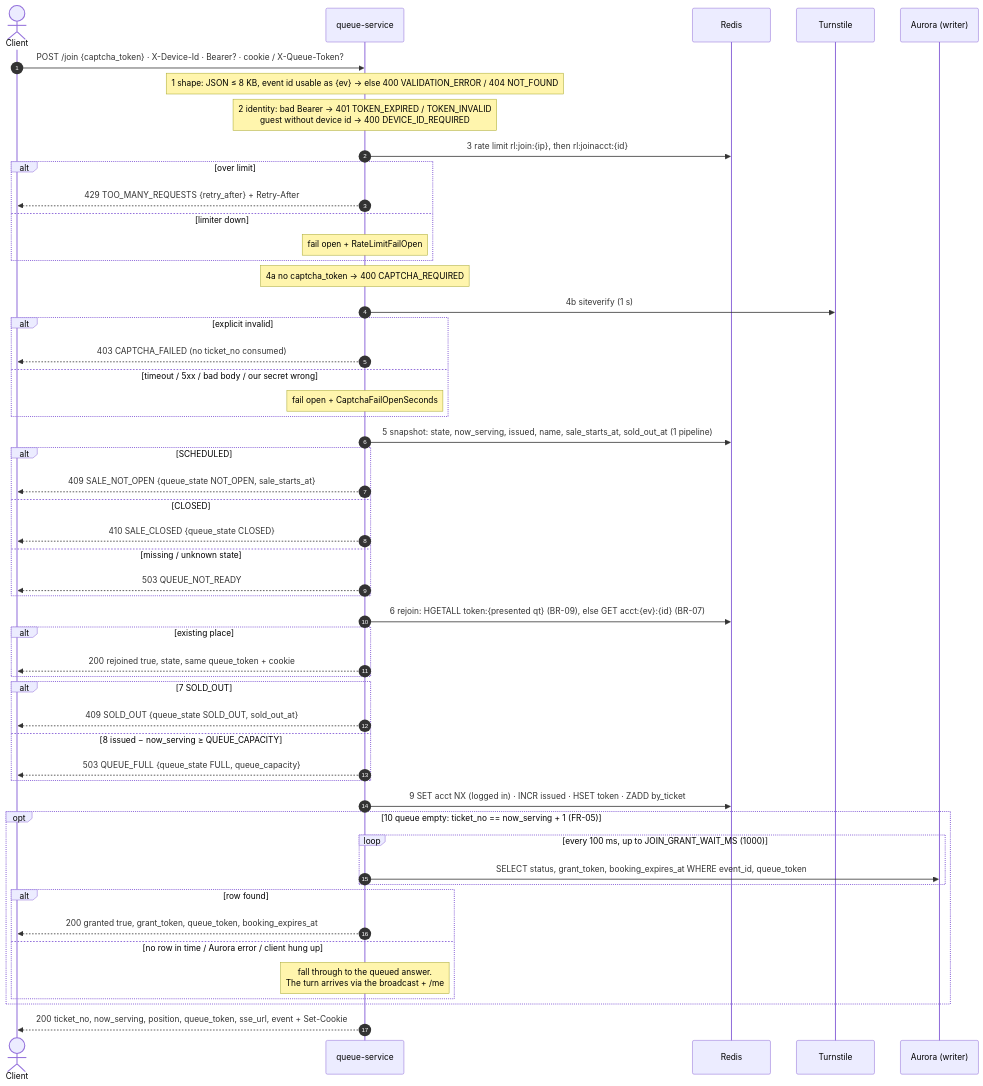
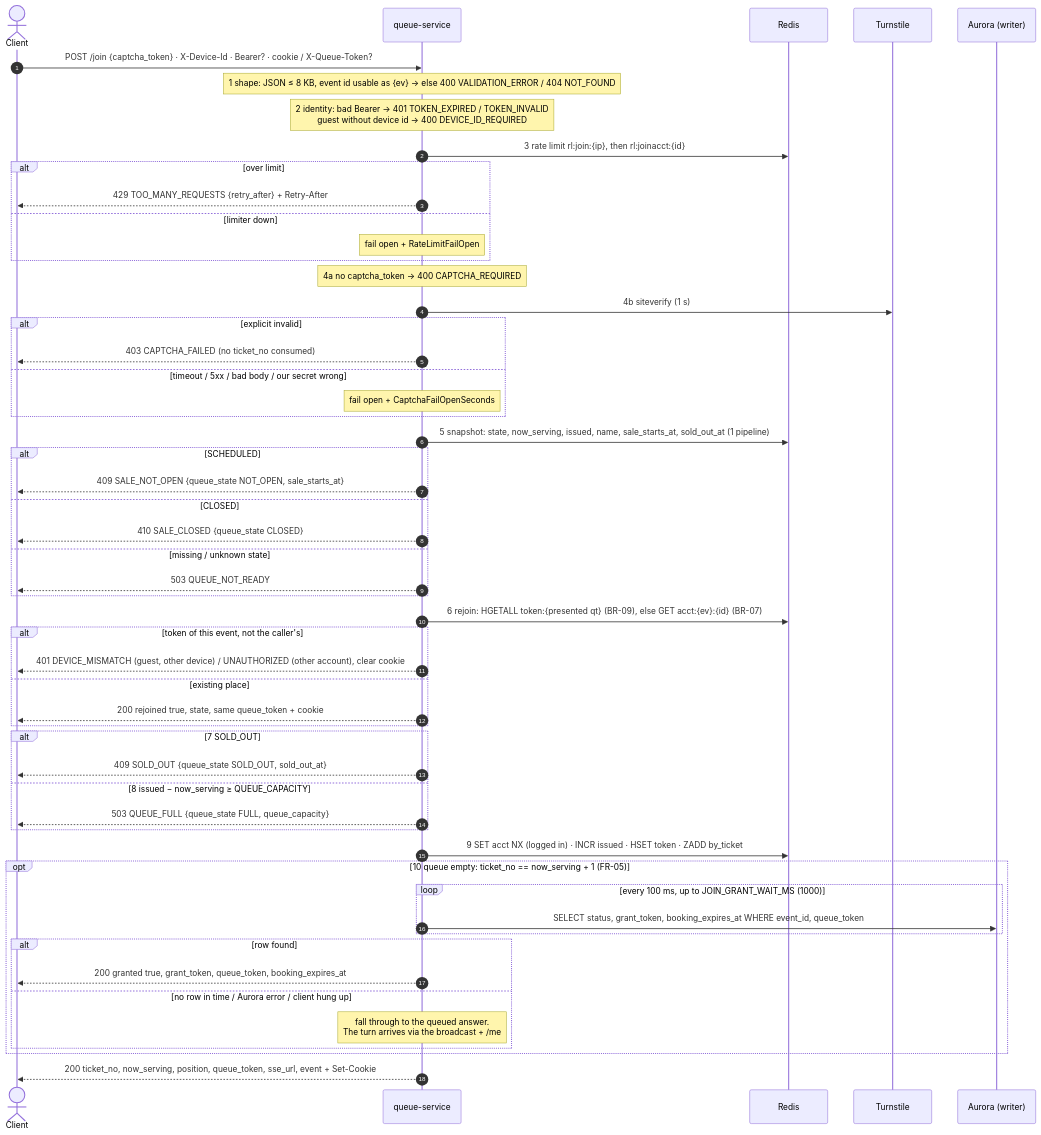
The diagram in docs/04-queue/01-join-queue.md (PTServerJanganTumbang-BookingTicket/be-rusuh-war-ticketing), drawn with Mermaid before and after one commit. The commit also changed other lines of this file and 24 other files, not shown here.

````diff
--- a/docs/04-queue/01-join-queue.md
+++ b/docs/04-queue/01-join-queue.md
@@ -27,63 +27,65 @@
 ```mermaid
 sequenceDiagram
     autonumber
     actor C as Client
     participant Q as queue-service
     participant R as Redis
     participant CAP as Turnstile
     participant DB as Aurora (writer)
 
     C->>Q: POST /join {captcha_token} · X-Device-Id · Bearer? · cookie / X-Queue-Token?
     Note over Q: 1 shape: JSON ≤ 8 KB, event id usable as {ev} → else 400 VALIDATION_ERROR / 404 NOT_FOUND
     Note over Q: 2 identity: bad Bearer → 401 TOKEN_EXPIRED / TOKEN_INVALID<br/>guest without device id → 400 DEVICE_ID_REQUIRED
 
     Q->>R: 3 rate limit rl:join:{ip}, then rl:joinacct:{id}
     alt over limit
         Q-->>C: 429 TOO_MANY_REQUESTS {retry_after} + Retry-After
     else limiter down
         Note over Q: fail open + RateLimitFailOpen
     end
 
     Note over Q: 4a no captcha_token → 400 CAPTCHA_REQUIRED
     Q->>CAP: 4b siteverify (1 s)
     alt explicit invalid
         Q-->>C: 403 CAPTCHA_FAILED (no ticket_no consumed)
     else timeout / 5xx / bad body / our secret wrong
         Note over Q: fail open + CaptchaFailOpenSeconds
     end
 
     Q->>R: 5 snapshot: state, now_serving, issued, name, sale_starts_at, sold_out_at (1 pipeline)
     alt SCHEDULED
         Q-->>C: 409 SALE_NOT_OPEN {queue_state NOT_OPEN, sale_starts_at}
     else CLOSED
         Q-->>C: 410 SALE_CLOSED {queue_state CLOSED}
     else missing / unknown state
         Q-->>C: 503 QUEUE_NOT_READY
     end
 
     Q->>R: 6 rejoin: HGETALL token:{presented qt} (BR-09), else GET acct:{ev}:{id} (BR-07)
-    alt existing place
+    alt token of this event, not the caller's
+        Q-->>C: 401 DEVICE_MISMATCH (guest, other device) / UNAUTHORIZED (other account), clear cookie
+    else existing place
         Q-->>C: 200 rejoined true, state, same queue_token + cookie
     end
 
     alt 7 SOLD_OUT
         Q-->>C: 409 SOLD_OUT {queue_state SOLD_OUT, sold_out_at}
     else 8 issued − now_serving ≥ QUEUE_CAPACITY
         Q-->>C: 503 QUEUE_FULL {queue_state FULL, queue_capacity}
     end
 
     Q->>R: 9 SET acct NX (logged in) · INCR issued · HSET token · ZADD by_ticket
 
     opt 10 queue empty: ticket_no == now_serving + 1 (FR-05)
         loop every 100 ms, up to JOIN_GRANT_WAIT_MS (1000)
             Q->>DB: SELECT status, grant_token, booking_expires_at WHERE event_id, queue_token
         end
         alt row found
             Q-->>C: 200 granted true, grant_token, queue_token, booking_expires_at
         else no row in time / Aurora error / client hung up
             Note over Q: fall through to the queued answer.<br/>The turn arrives via the broadcast + /me
         end
     end
 
     Q-->>C: 200 ticket_no, now_serving, position, queue_token, sse_url, event + Set-Cookie
 ```
````
